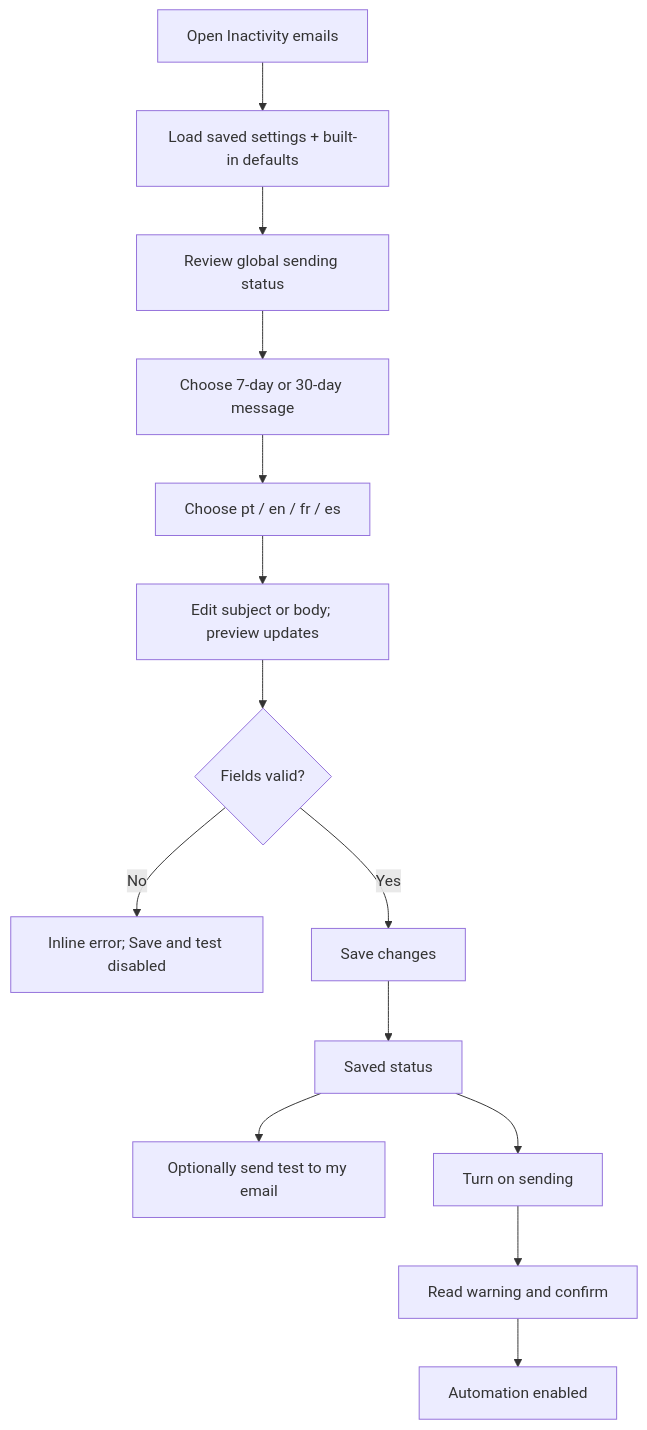
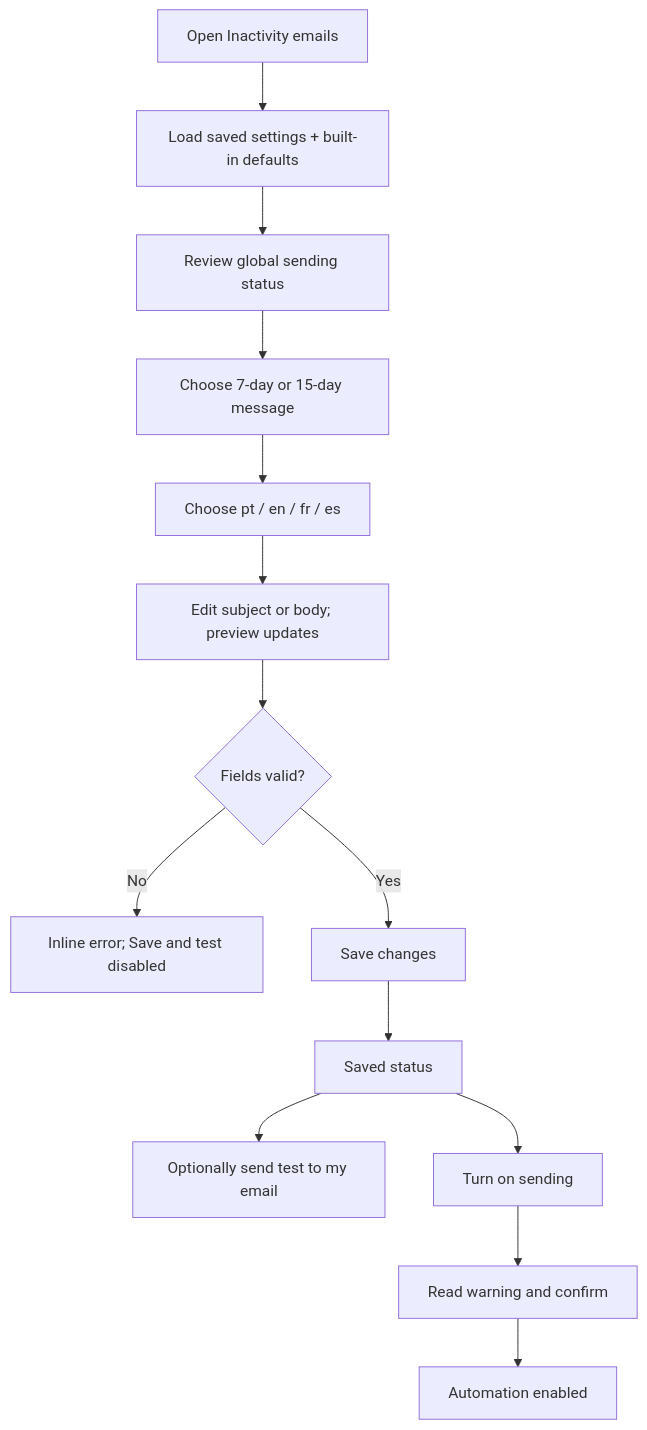
One commit to git-alves/TCFHelper changed the diagram in docs/inactivity-emails.md. Above: the diagram before and after it, drawn with Mermaid. The commit also changed other lines of this file and 4 other files, not shown here.

````diff
--- a/docs/inactivity-emails.md
+++ b/docs/inactivity-emails.md
@@ -84,16 +86,16 @@
 ```mermaid
 flowchart TD
   A[Open Inactivity emails] --> B[Load saved settings + built-in defaults]
   B --> C[Review global sending status]
-  C --> D[Choose 7-day or 30-day message]
+  C --> D[Choose 7-day or 15-day message]
   D --> E[Choose pt / en / fr / es]
   E --> F[Edit subject or body; preview updates]
   F --> G{Fields valid?}
   G -->|No| H[Inline error; Save and test disabled]
   G -->|Yes| I[Save changes]
   I --> J[Saved status]
   J --> K[Optionally send test to my email]
   J --> L[Turn on sending]
   L --> M[Read warning and confirm]
   M --> N[Automation enabled]
 ```
````
